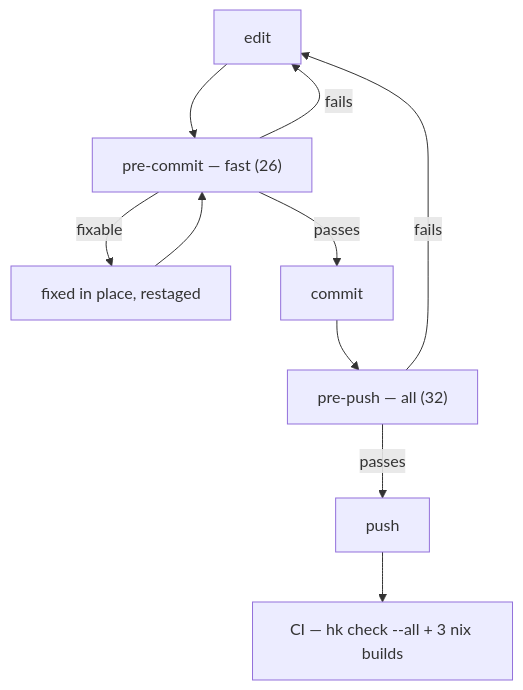
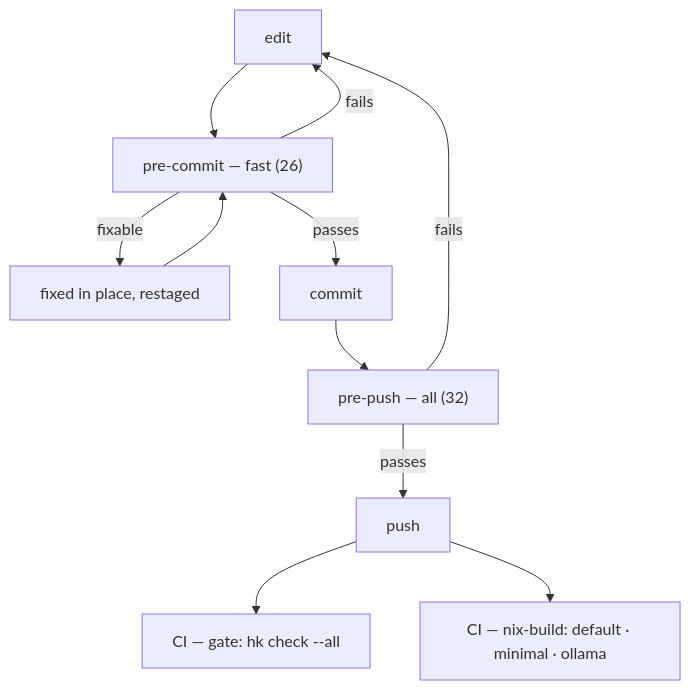
Before and after one commit to pr0d1r2/itok: the diagram in docs/INTEGRATION.md, drawn with Mermaid. The commit also changed other lines of this file and 6 other files, not shown here.

First line of the commit message:
ci: cache the dev shell, split the nix builds, bound the job (#2)

````diff
--- a/docs/INTEGRATION.md
+++ b/docs/INTEGRATION.md
@@ -47,12 +51,13 @@
 ```mermaid
 flowchart TD
     A["edit"] --> B["pre-commit — fast (26)"]
     B -->|fixable| B2["fixed in place, restaged"]
     B2 --> B
     B -->|fails| A
     B -->|passes| C["commit"]
     C --> D["pre-push — all (32)"]
     D -->|fails| A
     D -->|passes| E["push"]
-    E --> F["CI — hk check --all + 3 nix builds"]
+    E --> F["CI — gate: hk check --all"]
+    E --> G["CI — nix-build: default · minimal · ollama"]
 ```
````
